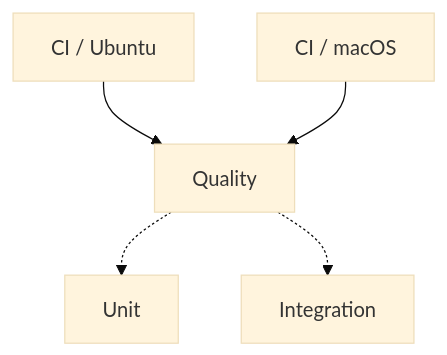
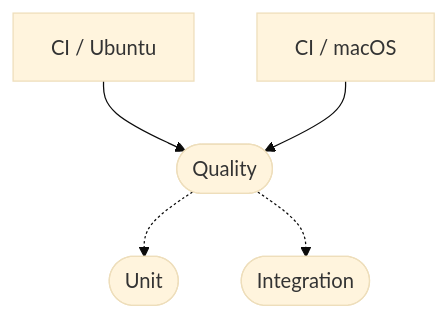
The diagram in docs/CI.md (mhambre/sparseio), drawn with Mermaid (base theme) before and after one commit.

````diff
--- a/docs/CI.md
+++ b/docs/CI.md
@@ -12,13 +12,13 @@
 ```mermaid
 flowchart TD
     U["CI / Ubuntu"]
     M["CI / macOS"]
-    Q["Quality"]
-    T["Unit"]
-    I["Integration"]
+    Q(["Quality"])
+    T(["Unit"])
+    I(["Integration"])
 
     U --> Q
     M --> Q
     Q -.-> T
     Q -.-> I
 ```
````
